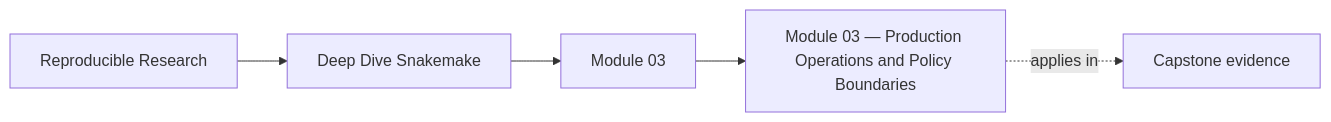
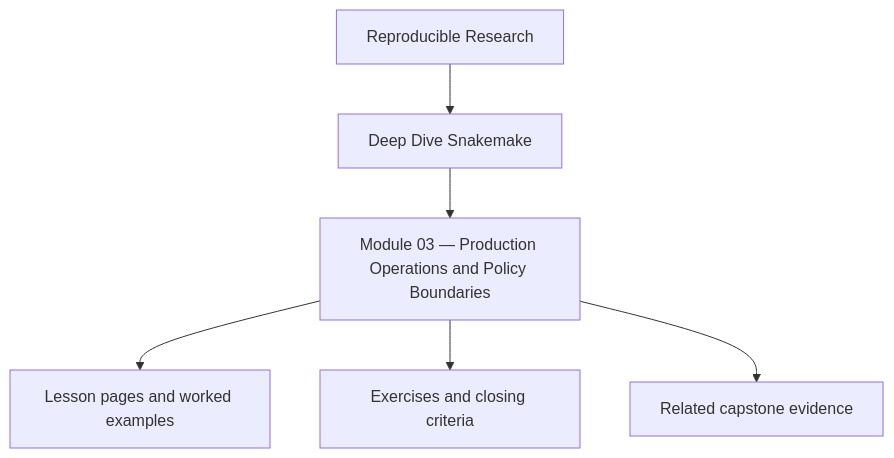
The first of 8 diagrams in programs/reproducible-research/deep-dive-snakemake/course-book/module-03-production-operations-and-policy-boundaries/index.md (bijux/bijux-masterclass), drawn with Mermaid before and after one commit. The commit also changed other lines of this file and 10 other files, not shown here.

Commit message:
docs(deep-dive-snakemake): reposition module overview diagrams

````diff
--- a/programs/reproducible-research/deep-dive-snakemake/course-book/module-03-production-operations-and-policy-boundaries/index.md
+++ b/programs/reproducible-research/deep-dive-snakemake/course-book/module-03-production-operations-and-policy-boundaries/index.md
@@ -9,11 +9,8 @@
 ```mermaid
-graph LR
-  family["Reproducible Research"]
-  program["Deep Dive Snakemake"]
-  section["Module 03"]
-  page["Module 03 — Production Operations and Policy Boundaries"]
-  capstone["Capstone evidence"]
-
-  family --> program --> section --> page
-  page -.applies in.-> capstone
+flowchart TD
+  family["Reproducible Research"] --> program["Deep Dive Snakemake"]
+  program --> module["Module 03 — Production Operations and Policy Boundaries"]
+  module --> lessons["Lesson pages and worked examples"]
+  module --> checkpoints["Exercises and closing criteria"]
+  module --> capstone["Related capstone evidence"]
 ```
````
